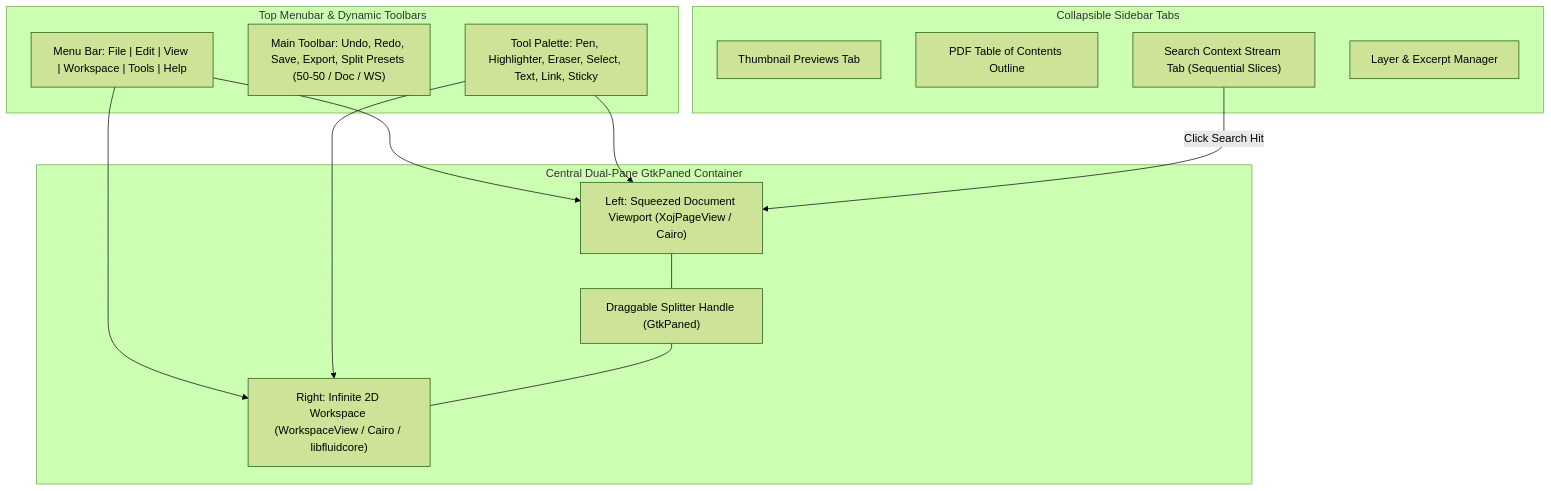
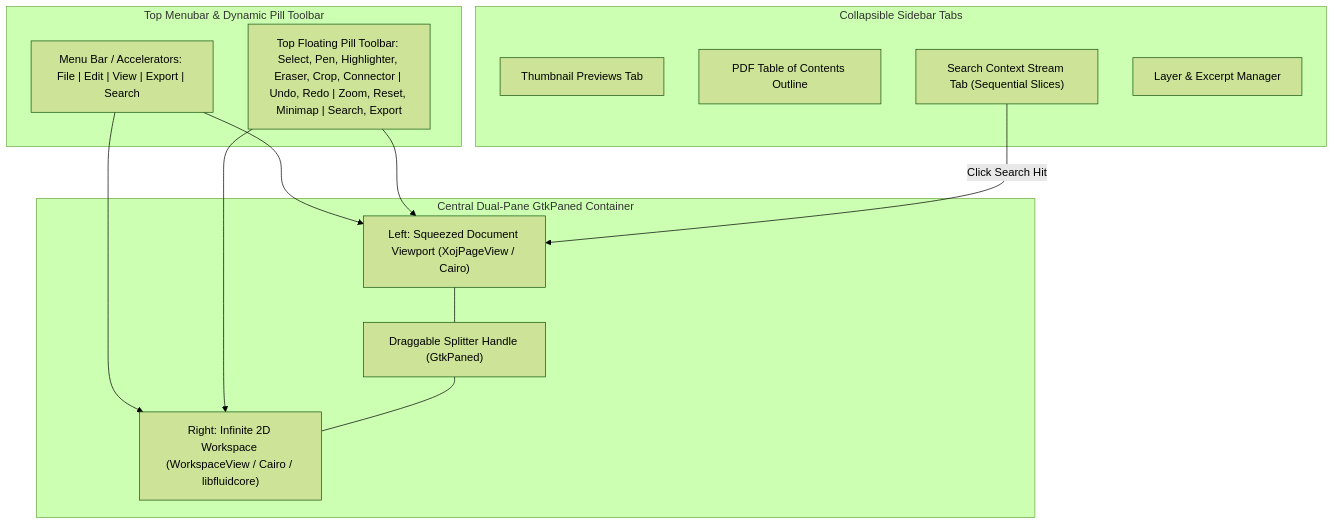
Before and after one commit to developerakshat12/FluidCorePDF: the third of 7 diagrams in specs/appflow.md, drawn with Mermaid (forest theme). The commit also changed 5 other files, not shown here.

Commit message:
docs: update documentation and roadmap for top toolbar, tool manager, and workspace undo stack

````diff
--- a/specs/appflow.md
+++ b/specs/appflow.md
@@ -94,28 +94,27 @@
 ```mermaid
 graph TB
-    subgraph Top Menubar & Dynamic Toolbars
-        MENUS["Menu Bar: File | Edit | View | Workspace | Tools | Help"]
-        MAIN_BAR["Main Toolbar: Undo, Redo, Save, Export, Split Presets (50-50 / Doc / WS)"]
-        TOOL_BAR["Tool Palette: Pen, Highlighter, Eraser, Select, Text, Link, Sticky"]
+    subgraph Top Menubar & Dynamic Pill Toolbar
+        MENUS["Menu Bar / Accelerators: File | Edit | View | Export | Search"]
+        TOP_TOOLBAR["Top Floating Pill Toolbar: Select, Pen, Highlighter, Eraser, Crop, Connector | Undo, Redo | Zoom, Reset, Minimap | Search, Export"]
     end
 
     subgraph Central Dual-Pane GtkPaned Container
         DOC_PANE["Left: Squeezed Document Viewport (XojPageView / Cairo)"]
         SPLITTER["Draggable Splitter Handle (GtkPaned)"]
         WS_CANVAS["Right: Infinite 2D Workspace (WorkspaceView / Cairo / libfluidcore)"]
     end
 
     subgraph Collapsible Sidebar Tabs
         THUMBNAIL_TAB["Thumbnail Previews Tab"]
         TOC_TAB["PDF Table of Contents Outline"]
         SEARCH_SLICES_TAB["Search Context Stream Tab (Sequential Slices)"]
         LAYERS_TAB["Layer & Excerpt Manager"]
     end
 
     MENUS --> DOC_PANE
     MENUS --> WS_CANVAS
-    TOOL_BAR --> DOC_PANE
-    TOOL_BAR --> WS_CANVAS
+    TOP_TOOLBAR --> DOC_PANE
+    TOP_TOOLBAR --> WS_CANVAS
     DOC_PANE --- SPLITTER --- WS_CANVAS
     SEARCH_SLICES_TAB -->|Click Search Hit| DOC_PANE
 ```
````
